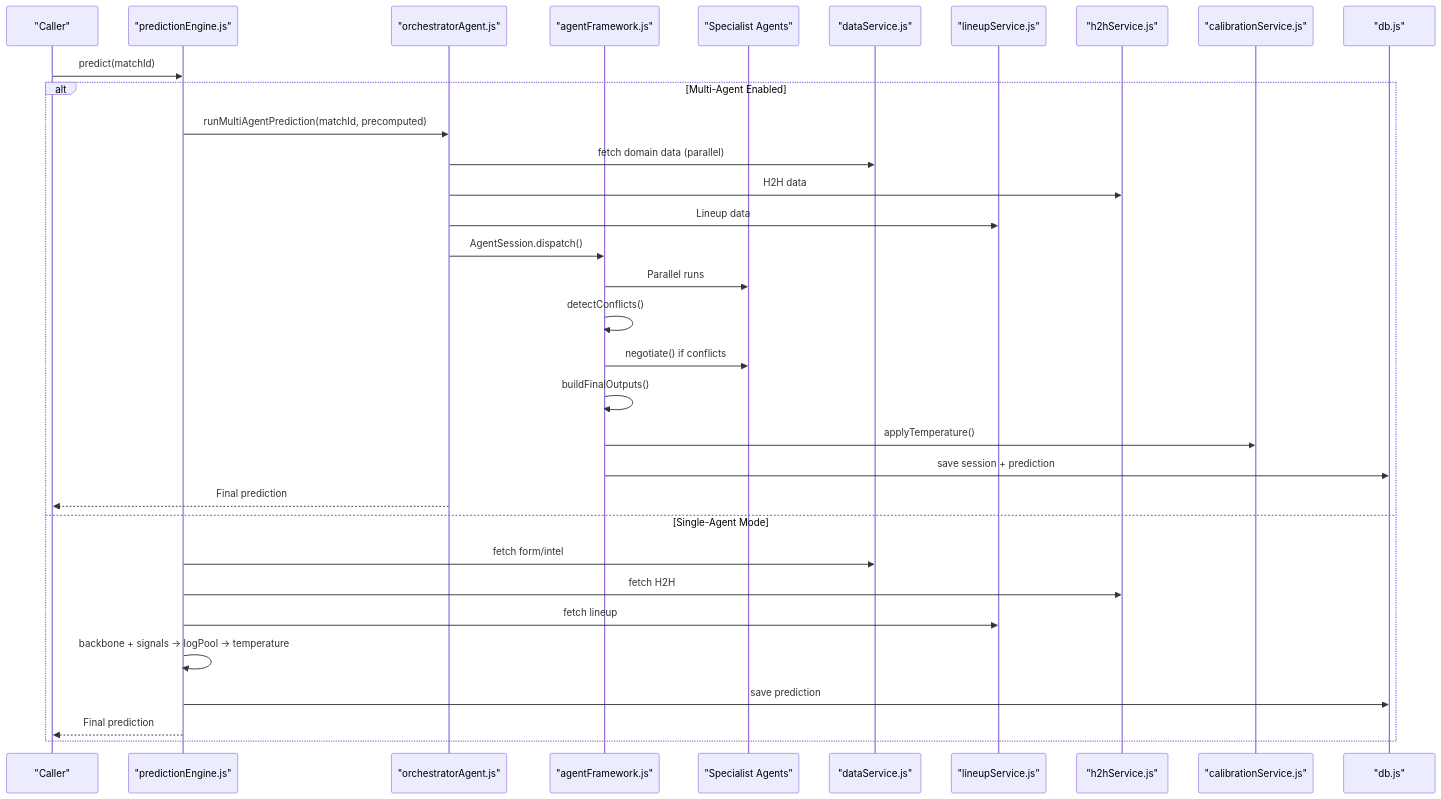
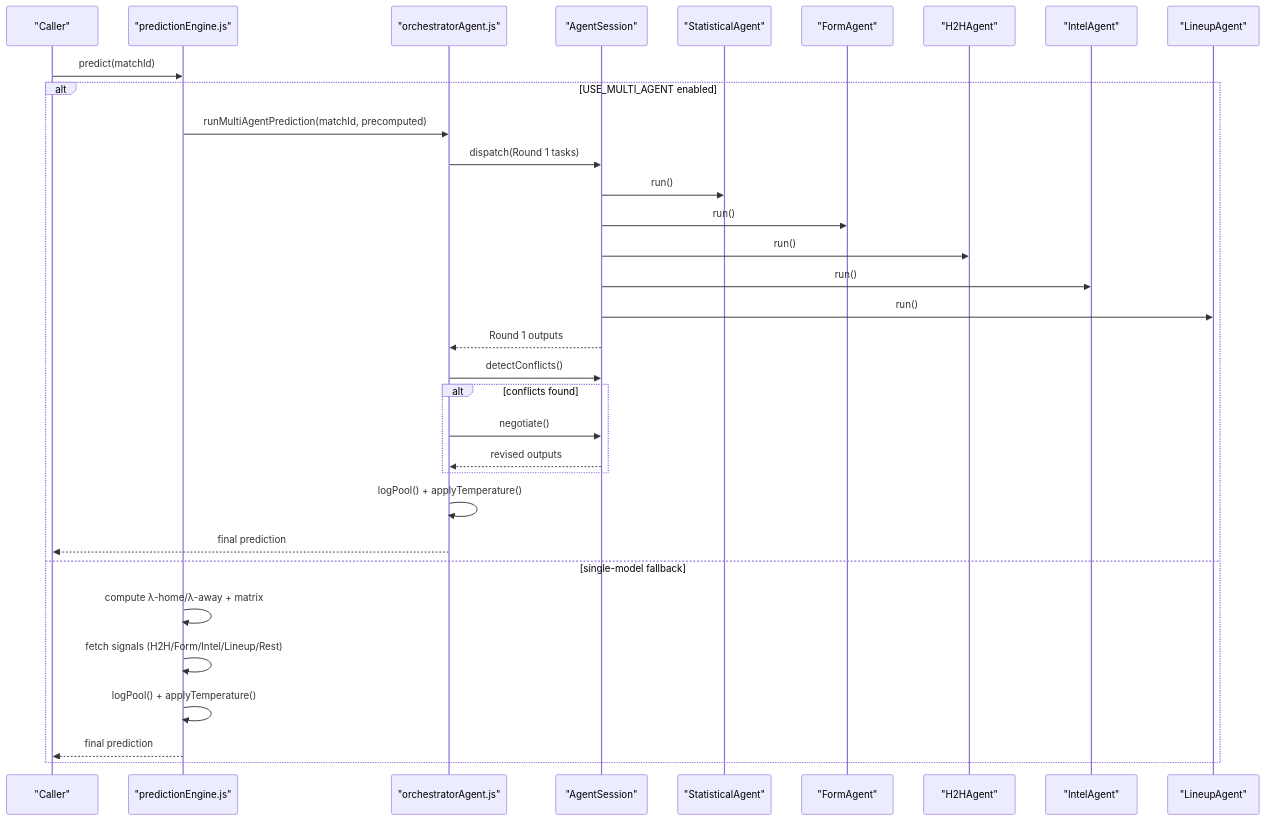
One commit to cheesiong/WC26-qwen changed the second of 8 diagrams in .qoder/repowiki/en/content/Prediction Engine/Prediction Engine.md. Above: the diagram before and after it, drawn with Mermaid. The commit also changed other lines of this file and 181 other files, not shown here.

First line of the commit message:
Add Sofascore and Google multi-source lineup scrapers

````diff
--- a/.qoder/repowiki/en/content/Prediction Engine/Prediction Engine.md
+++ b/.qoder/repowiki/en/content/Prediction Engine/Prediction Engine.md
@@ -157,35 +106,35 @@
 ```mermaid
 sequenceDiagram
 participant Client as "Caller"
 participant PE as "predictionEngine.js"
-participant OA as "orchestratorAgent.js"
-participant AF as "agentFramework.js"
-participant Agents as "Specialist Agents"
-participant DS as "dataService.js"
-participant LS as "lineupService.js"
-participant HS as "h2hService.js"
-participant CS as "calibrationService.js"
-participant DB as "db.js"
+participant ORCH as "orchestratorAgent.js"
+participant AG as "AgentSession"
+participant SA as "StatisticalAgent"
+participant FA as "FormAgent"
+participant HA as "H2HAgent"
+participant IA as "IntelAgent"
+participant LA as "LineupAgent"
 Client->>PE : predict(matchId)
-alt Multi-Agent Enabled
-PE->>OA : runMultiAgentPrediction(matchId, precomputed)
-OA->>DS : fetch domain data (parallel)
-OA->>HS : H2H data
-OA->>LS : Lineup data
-OA->>AF : AgentSession.dispatch()
-AF->>Agents : Parallel runs
-AF->>AF : detectConflicts()
-AF->>Agents : negotiate() if conflicts
-AF->>AF : buildFinalOutputs()
-AF->>CS : applyTemperature()
-AF->>DB : save session + prediction
-OA-->>Client : Final prediction
-else Single-Agent Mode
-PE->>DS : fetch form/intel
-PE->>HS : fetch H2H
-PE->>LS : fetch lineup
-PE->>PE : backbone + signals → logPool → temperature
-PE->>DB : save prediction
-PE-->>Client : Final prediction
+alt USE_MULTI_AGENT enabled
+PE->>ORCH : runMultiAgentPrediction(matchId, precomputed)
+ORCH->>AG : dispatch(Round 1 tasks)
+AG->>SA : run()
+AG->>FA : run()
+AG->>HA : run()
+AG->>IA : run()
+AG->>LA : run()
+AG-->>ORCH : Round 1 outputs
+ORCH->>AG : detectConflicts()
+alt conflicts found
+ORCH->>AG : negotiate()
+AG-->>ORCH : revised outputs
+end
+ORCH->>ORCH : logPool() + applyTemperature()
+ORCH-->>Client : final prediction
+else single-model fallback
+PE->>PE : compute λ-home/λ-away + matrix
+PE->>PE : fetch signals (H2H/Form/Intel/Lineup/Rest)
+PE->>PE : logPool() + applyTemperature()
+PE-->>Client : final prediction
 end
 ```
````
